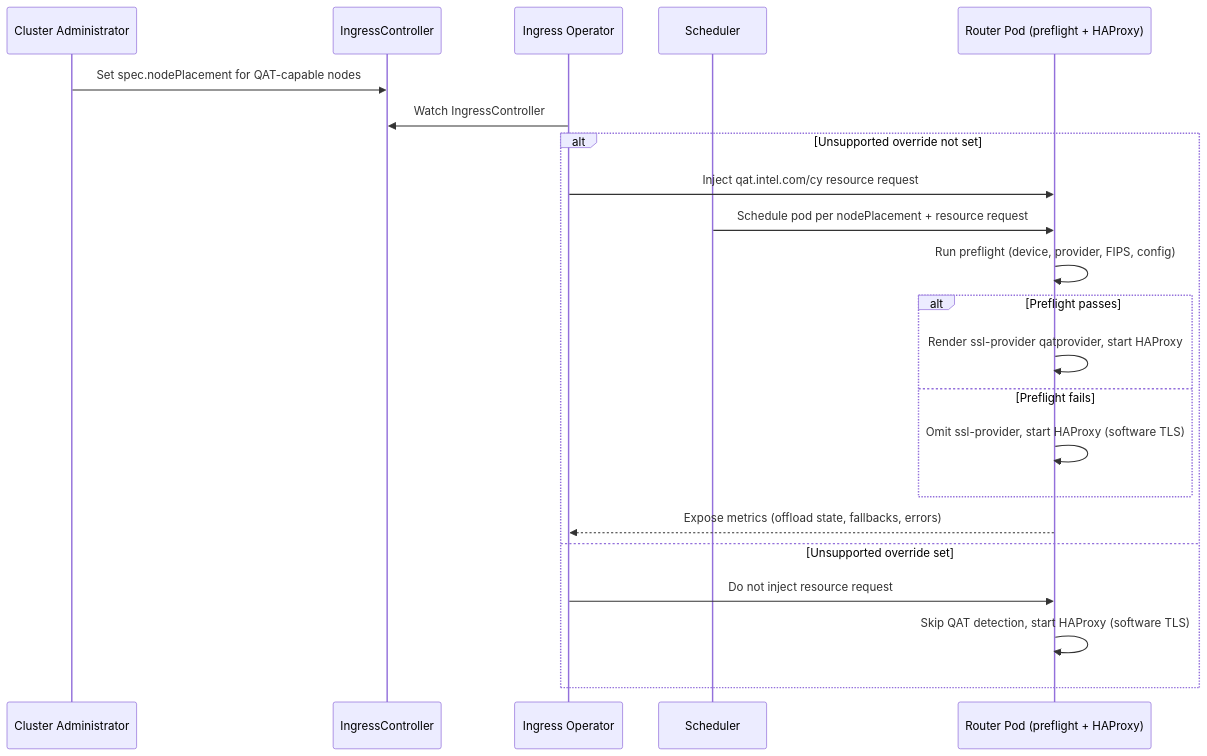
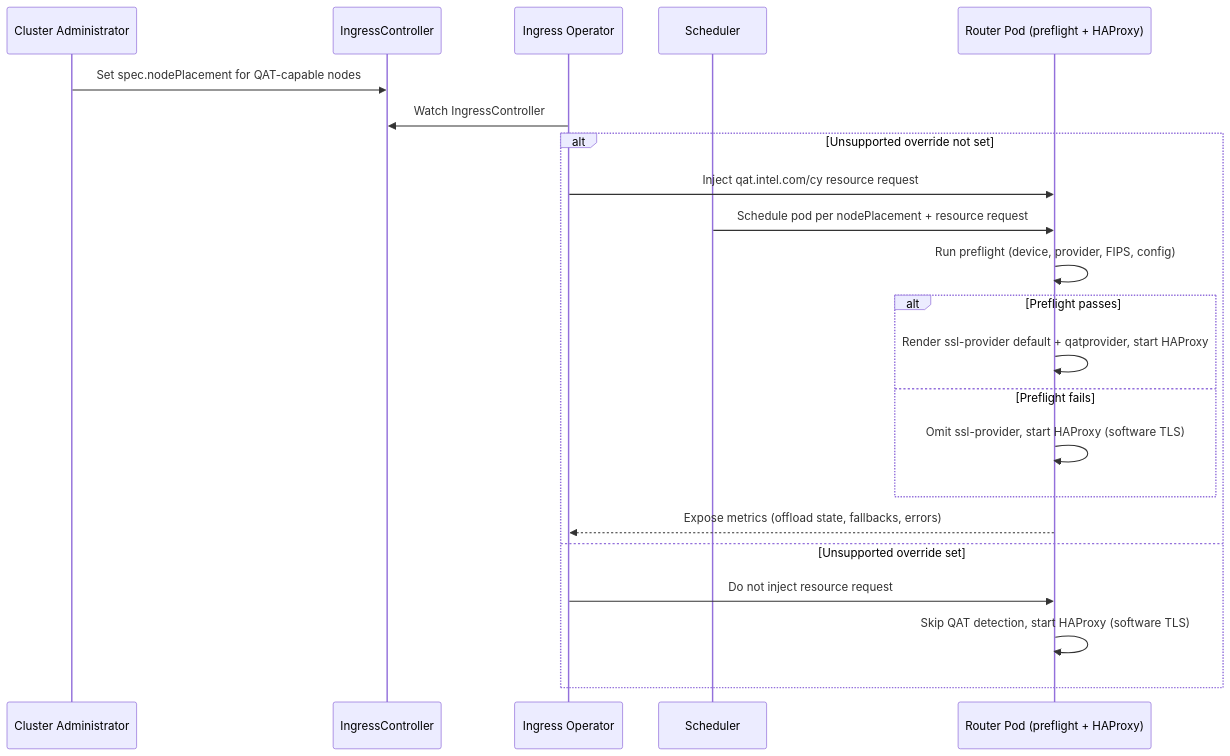
One commit to openshift/enhancements changed the diagram in enhancements/ingress/qat-acceleration-for-ingress.md. Above: the diagram before and after it, drawn with Mermaid. The commit also changed other lines of this file, not shown here.

````diff
--- a/enhancements/ingress/qat-acceleration-for-ingress.md
+++ b/enhancements/ingress/qat-acceleration-for-ingress.md
@@ -201,25 +239,25 @@
 ```mermaid
 sequenceDiagram
     participant Admin as Cluster Administrator
     participant IC as IngressController
     participant Operator as Ingress Operator
     participant Sched as Scheduler
     participant Router as Router Pod (preflight + HAProxy)
 
     Admin->>IC: Set spec.nodePlacement for QAT-capable nodes
     Operator->>IC: Watch IngressController
     alt Unsupported override not set
         Operator->>Router: Inject qat.intel.com/cy resource request
         Sched->>Router: Schedule pod per nodePlacement + resource request
         Router->>Router: Run preflight (device, provider, FIPS, config)
         alt Preflight passes
-            Router->>Router: Render ssl-provider qatprovider, start HAProxy
+            Router->>Router: Render ssl-provider default + qatprovider, start HAProxy
         else Preflight fails
             Router->>Router: Omit ssl-provider, start HAProxy (software TLS)
         end
         Router-->>Operator: Expose metrics (offload state, fallbacks, errors)
     else Unsupported override set
         Operator->>Router: Do not inject resource request
         Router->>Router: Skip QAT detection, start HAProxy (software TLS)
     end
 ```
````
